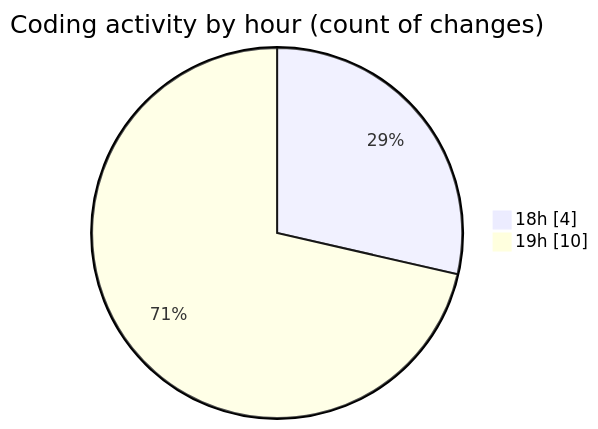
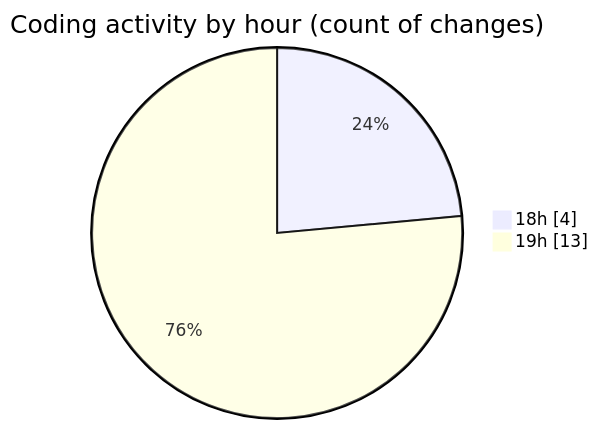
The second of 2 diagrams in 2025-01-25/desktop/README.md (Ritupan-Deka/code-tracking), drawn with Mermaid before and after one commit. The commit also changed other lines of this file and 1 other file, not shown here.

````diff
--- a/2025-01-25/desktop/README.md
+++ b/2025-01-25/desktop/README.md
@@ -28,6 +28,6 @@
 ```mermaid
 pie showData
 title Coding activity by hour (count of changes)
 "18h" : 4
-"19h" : 10
+"19h" : 13
 ```
````
